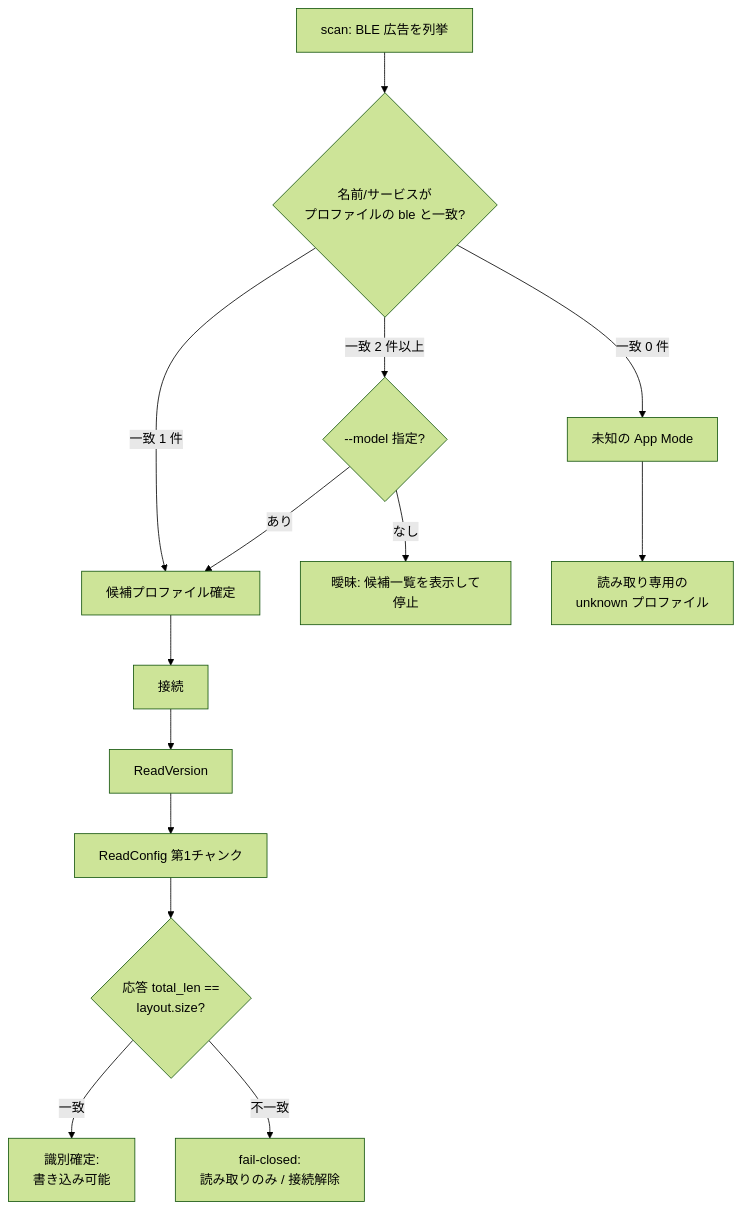
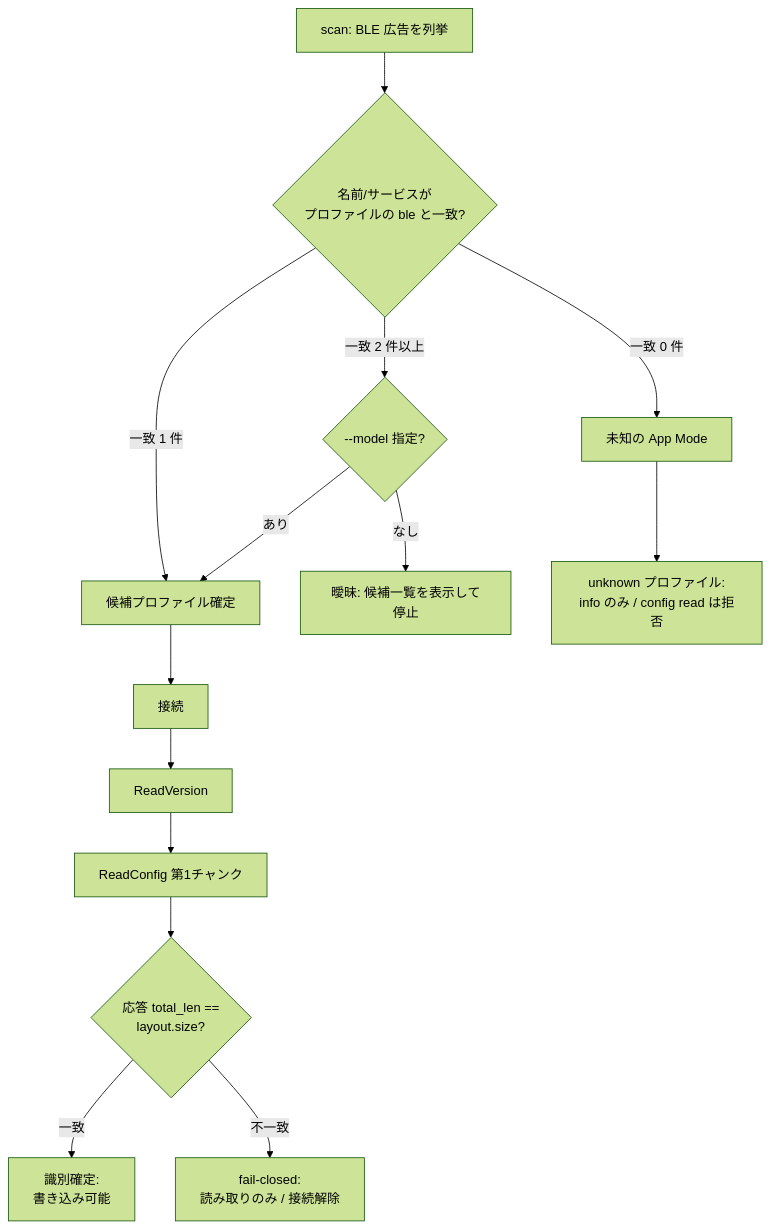
Before and after one commit to haruki0420/8bitdo-ultimate2-suite: the first of 2 diagrams in docs/DEVICE_MODEL_ABSTRACTION.md, drawn with Mermaid (forest theme). The commit also changed other lines of this file and 2 other files, not shown here.

````diff
--- a/docs/DEVICE_MODEL_ABSTRACTION.md
+++ b/docs/DEVICE_MODEL_ABSTRACTION.md
@@ -594,16 +625,16 @@
 ```mermaid
 flowchart TD
     A[scan: BLE 広告を列挙] --> B{名前/サービスが<br/>プロファイルの ble と一致?}
     B -- 一致 1 件 --> C[候補プロファイル確定]
     B -- 一致 0 件 --> U[未知の App Mode]
     B -- 一致 2 件以上 --> D{--model 指定?}
     D -- あり --> C
     D -- なし --> E[曖昧: 候補一覧を表示して停止]
     C --> F[接続]
     F --> G[ReadVersion]
     G --> H[ReadConfig 第1チャンク]
     H --> I{応答 total_len ==<br/>layout.size?}
     I -- 一致 --> J[識別確定:<br/>書き込み可能]
     I -- 不一致 --> K[fail-closed:<br/>読み取りのみ / 接続解除]
-    U --> L[読み取り専用の<br/>unknown プロファイル]
+    U --> L[unknown プロファイル:<br/>info のみ / config read は拒否]
 ```
````
